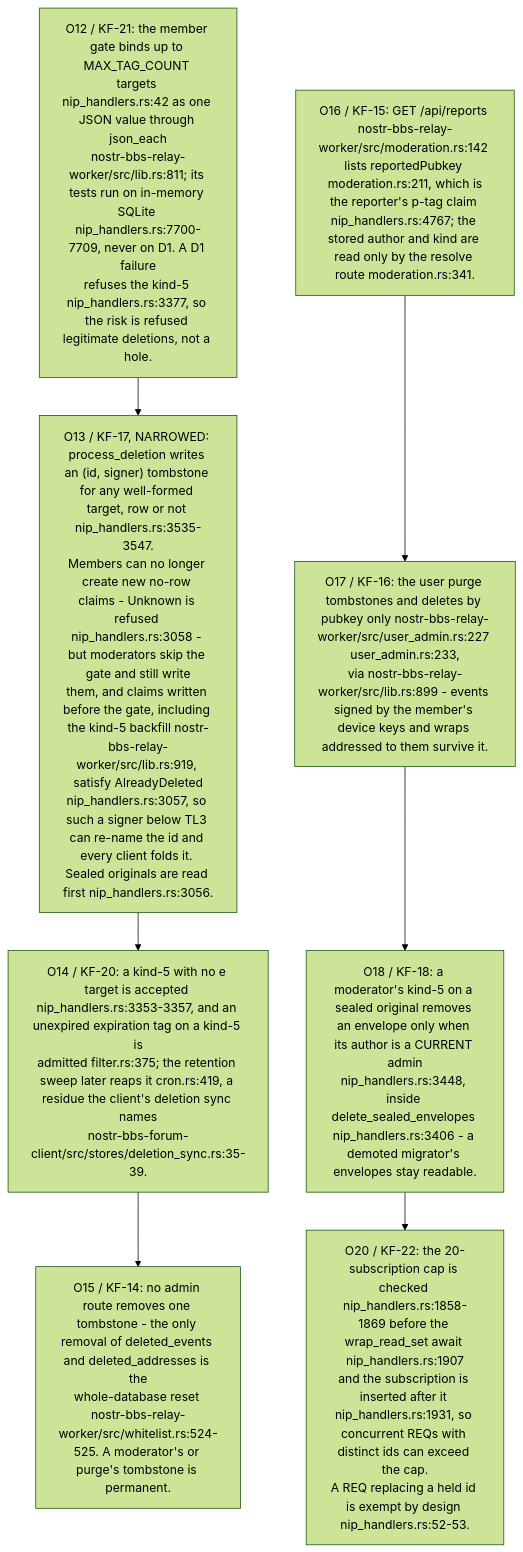
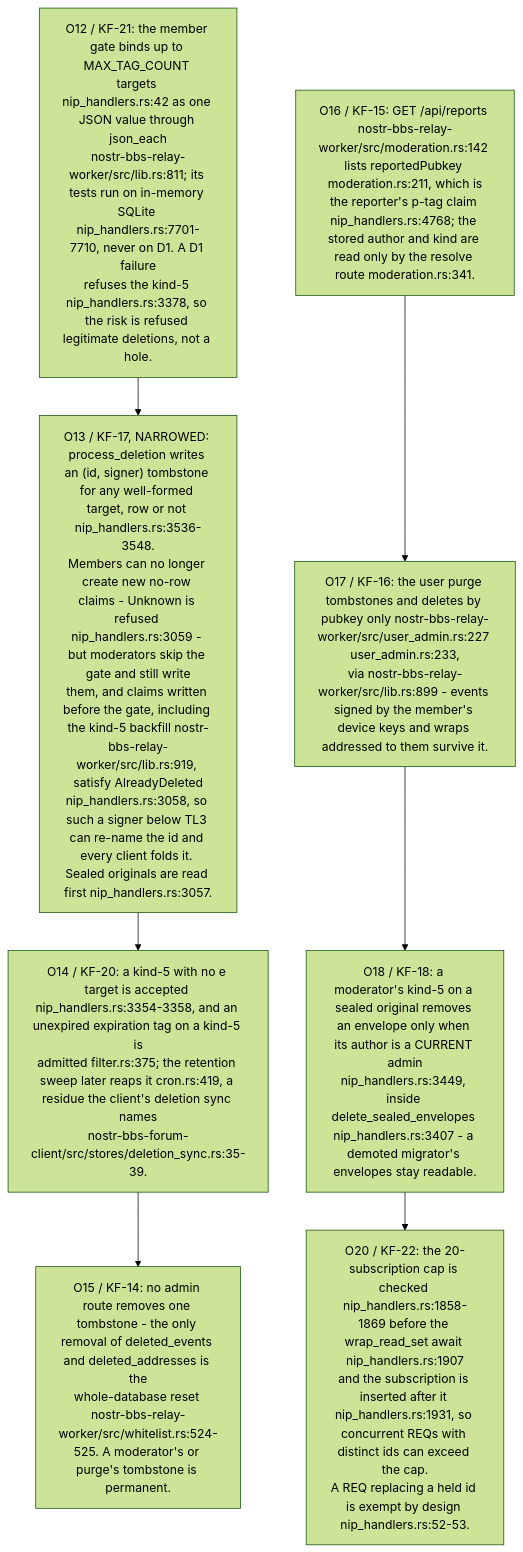
Before and after one commit to DreamLab-AI/VisionFlow: diagram 12 of 15 in docs/diagrams/nostr-rust-forum/10-invariants-and-anomaly-register.md, drawn with Mermaid (forest theme). The commit also changed other lines of this file and 23 other files, not shown here.

First line of the commit message:
docs(diagrams): pass C nostr-rust-forum area re-verified at de31aaa

````diff
--- a/docs/diagrams/nostr-rust-forum/10-invariants-and-anomaly-register.md
+++ b/docs/diagrams/nostr-rust-forum/10-invariants-and-anomaly-register.md
@@ -317,13 +319,13 @@
 ```mermaid
 flowchart TB
-    O12["O12 / KF-21: the member gate binds up to MAX_TAG_COUNT targets nip_handlers.rs:42 as one JSON value through json_each<br/>nostr-bbs-relay-worker/src/lib.rs:811; its tests run on in-memory SQLite nip_handlers.rs:7700-7709, never on D1. A D1 failure<br/>refuses the kind-5 nip_handlers.rs:3377, so the risk is refused legitimate deletions, not a hole."]
-    O13["O13 / KF-17, NARROWED: process_deletion writes an (id, signer) tombstone for any well-formed target, row or not nip_handlers.rs:3535-3547.<br/>Members can no longer create new no-row claims - Unknown is refused nip_handlers.rs:3058 - but moderators skip the gate and still write<br/>them, and claims written before the gate, including the kind-5 backfill nostr-bbs-relay-worker/src/lib.rs:919, satisfy AlreadyDeleted<br/>nip_handlers.rs:3057, so such a signer below TL3 can re-name the id and every client folds it. Sealed originals are read first nip_handlers.rs:3056."]
-    O14["O14 / KF-20: a kind-5 with no e target is accepted nip_handlers.rs:3353-3357, and an unexpired expiration tag on a kind-5 is<br/>admitted filter.rs:375; the retention sweep later reaps it cron.rs:419, a residue the client's deletion sync names<br/>nostr-bbs-forum-client/src/stores/deletion_sync.rs:35-39."]
+    O12["O12 / KF-21: the member gate binds up to MAX_TAG_COUNT targets nip_handlers.rs:42 as one JSON value through json_each<br/>nostr-bbs-relay-worker/src/lib.rs:811; its tests run on in-memory SQLite nip_handlers.rs:7701-7710, never on D1. A D1 failure<br/>refuses the kind-5 nip_handlers.rs:3378, so the risk is refused legitimate deletions, not a hole."]
+    O13["O13 / KF-17, NARROWED: process_deletion writes an (id, signer) tombstone for any well-formed target, row or not nip_handlers.rs:3536-3548.<br/>Members can no longer create new no-row claims - Unknown is refused nip_handlers.rs:3059 - but moderators skip the gate and still write<br/>them, and claims written before the gate, including the kind-5 backfill nostr-bbs-relay-worker/src/lib.rs:919, satisfy AlreadyDeleted<br/>nip_handlers.rs:3058, so such a signer below TL3 can re-name the id and every client folds it. Sealed originals are read first nip_handlers.rs:3057."]
+    O14["O14 / KF-20: a kind-5 with no e target is accepted nip_handlers.rs:3354-3358, and an unexpired expiration tag on a kind-5 is<br/>admitted filter.rs:375; the retention sweep later reaps it cron.rs:419, a residue the client's deletion sync names<br/>nostr-bbs-forum-client/src/stores/deletion_sync.rs:35-39."]
     O15["O15 / KF-14: no admin route removes one tombstone - the only removal of deleted_events and deleted_addresses is the<br/>whole-database reset nostr-bbs-relay-worker/src/whitelist.rs:524-525. A moderator's or purge's tombstone is permanent."]
-    O16["O16 / KF-15: GET /api/reports nostr-bbs-relay-worker/src/moderation.rs:142 lists reportedPubkey moderation.rs:211, which is<br/>the reporter's p-tag claim nip_handlers.rs:4767; the stored author and kind are read only by the resolve route moderation.rs:341."]
+    O16["O16 / KF-15: GET /api/reports nostr-bbs-relay-worker/src/moderation.rs:142 lists reportedPubkey moderation.rs:211, which is<br/>the reporter's p-tag claim nip_handlers.rs:4768; the stored author and kind are read only by the resolve route moderation.rs:341."]
     O17["O17 / KF-16: the user purge tombstones and deletes by pubkey only nostr-bbs-relay-worker/src/user_admin.rs:227 user_admin.rs:233,<br/>via nostr-bbs-relay-worker/src/lib.rs:899 - events signed by the member's device keys and wraps addressed to them survive it."]
-    O18["O18 / KF-18: a moderator's kind-5 on a sealed original removes an envelope only when its author is a CURRENT admin<br/>nip_handlers.rs:3448, inside delete_sealed_envelopes nip_handlers.rs:3406 - a demoted migrator's envelopes stay readable."]
+    O18["O18 / KF-18: a moderator's kind-5 on a sealed original removes an envelope only when its author is a CURRENT admin<br/>nip_handlers.rs:3449, inside delete_sealed_envelopes nip_handlers.rs:3407 - a demoted migrator's envelopes stay readable."]
     O20["O20 / KF-22: the 20-subscription cap is checked nip_handlers.rs:1858-1869 before the wrap_read_set await nip_handlers.rs:1907<br/>and the subscription is inserted after it nip_handlers.rs:1931, so concurrent REQs with distinct ids can exceed the cap.<br/>A REQ replacing a held id is exempt by design nip_handlers.rs:52-53."]
     O12 --> O13 --> O14 --> O15
     O16 --> O17 --> O18 --> O20
 ```
````
